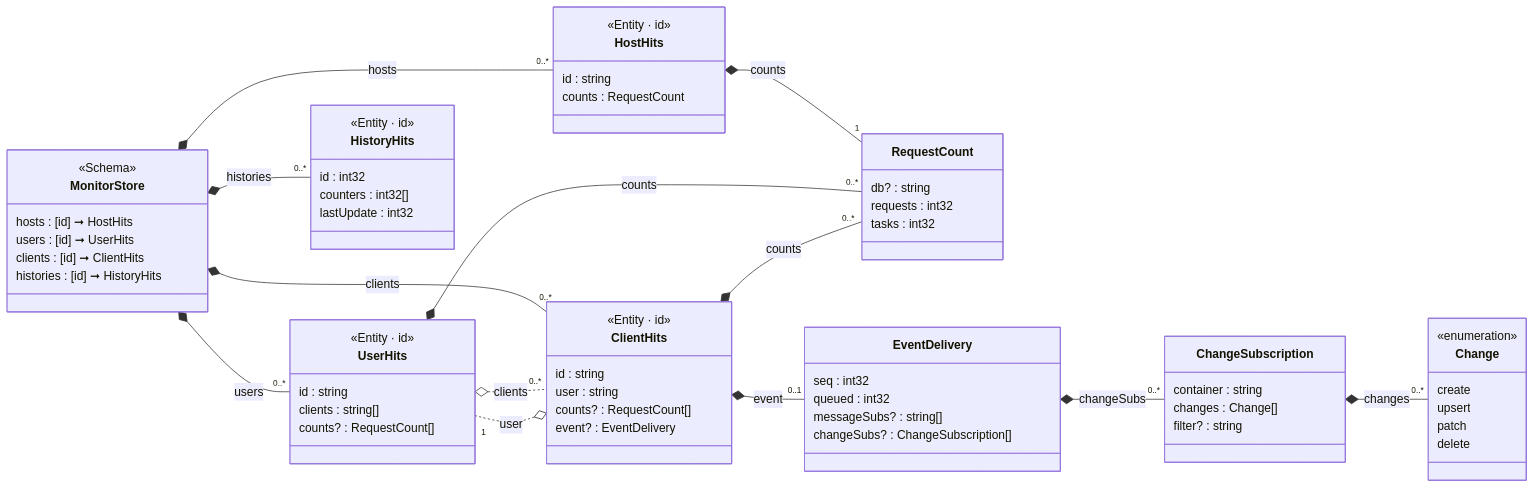
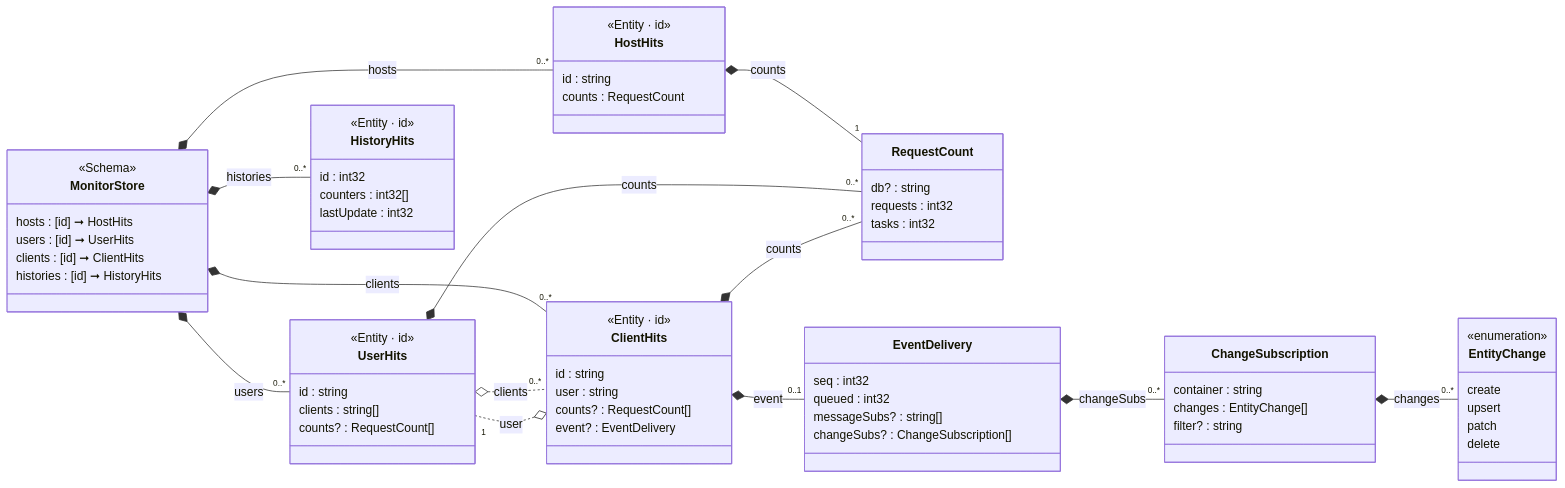
Before and after one commit to friflo/Friflo.Json.Fliox: the diagram in Json.Tests/assets~/Schema/Markdown/MonitorStore/class-diagram.md, drawn with Mermaid. The commit also changed 38 other files, not shown here.

Commit message:
rename: enum Change -> EntityChange

````diff
--- a/Json.Tests/assets~/Schema/Markdown/MonitorStore/class-diagram.md
+++ b/Json.Tests/assets~/Schema/Markdown/MonitorStore/class-diagram.md
@@ -3,83 +3,83 @@
 ```mermaid
 classDiagram
 direction LR
 
 class MonitorStore:::cssSchema {
     <<Schema>>
     <<abstract>>
     hosts      : [id] ➞ HostHits
     users      : [id] ➞ UserHits
     clients    : [id] ➞ ClientHits
     histories  : [id] ➞ HistoryHits
 }
 MonitorStore *-- "0..*" HostHits : hosts
 MonitorStore *-- "0..*" UserHits : users
 MonitorStore *-- "0..*" ClientHits : clients
 MonitorStore *-- "0..*" HistoryHits : histories
 
 class HostHits:::cssEntity {
     <<Entity · id>>
     id      : string
     counts  : RequestCount
 }
 HostHits *-- "1" RequestCount : counts
 
 class UserHits:::cssEntity {
     <<Entity · id>>
     id       : string
     clients  : string[]
     counts?  : RequestCount[]
 }
 UserHits o.. "0..*" ClientHits : clients
 UserHits *-- "0..*" RequestCount : counts
 
 class ClientHits:::cssEntity {
     <<Entity · id>>
     id      : string
     user    : string
     counts? : RequestCount[]
     event?  : EventDelivery
 }
 ClientHits o.. "1" UserHits : user
 ClientHits *-- "0..*" RequestCount : counts
 ClientHits *-- "0..1" EventDelivery : event
 
 class HistoryHits:::cssEntity {
     <<Entity · id>>
     id          : int32
     counters    : int32[]
     lastUpdate  : int32
 }
 
 class RequestCount {
     db?       : string
     requests  : int32
     tasks     : int32
 }
 
 class EventDelivery {
     seq          : int32
     queued       : int32
     messageSubs? : string[]
     changeSubs?  : ChangeSubscription[]
 }
 EventDelivery *-- "0..*" ChangeSubscription : changeSubs
 
 class ChangeSubscription {
     container  : string
-    changes    : Change[]
+    changes    : EntityChange[]
     filter?    : string
 }
-ChangeSubscription *-- "0..*" Change : changes
+ChangeSubscription *-- "0..*" EntityChange : changes
 
-class Change:::cssEnum {
+class EntityChange:::cssEnum {
     <<enumeration>>
     create
     upsert
     patch
     delete
 }
 
 
 
 ```
````
